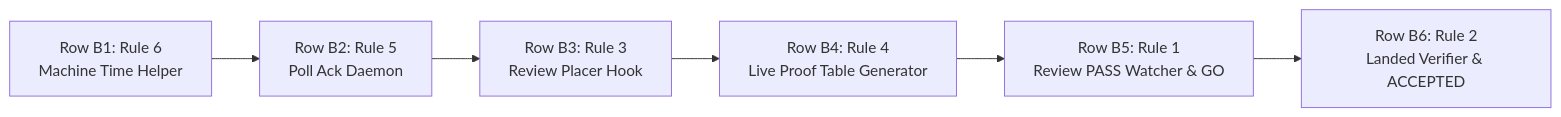
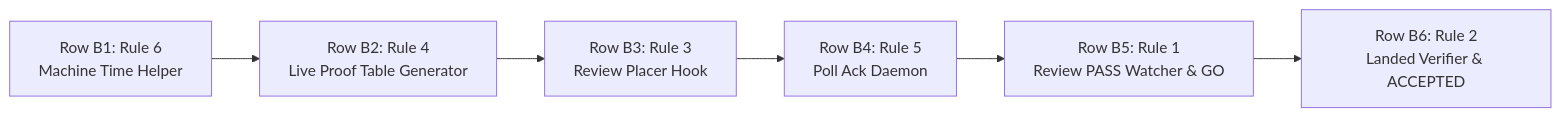
The sixth of 6 diagrams in csi-spl-doc/specs/157-dispatch-automation/spec.md (csitea/csi-spl), drawn with Mermaid before and after one commit. The commit also changed other lines of this file, not shown here.

````diff
--- a/csi-spl-doc/specs/157-dispatch-automation/spec.md
+++ b/csi-spl-doc/specs/157-dispatch-automation/spec.md
@@ -431,8 +516,8 @@
 ```mermaid
 flowchart LR
-    B1[Row B1: Rule 6<br/>Machine Time Helper] --> B2[Row B2: Rule 5<br/>Poll Ack Daemon]
+    B1[Row B1: Rule 6<br/>Machine Time Helper] --> B2[Row B2: Rule 4<br/>Live Proof Table Generator]
     B2 --> B3[Row B3: Rule 3<br/>Review Placer Hook]
-    B3 --> B4[Row B4: Rule 4<br/>Live Proof Table Generator]
+    B3 --> B4[Row B4: Rule 5<br/>Poll Ack Daemon]
     B4 --> B5[Row B5: Rule 1<br/>Review PASS Watcher & GO]
     B5 --> B6[Row B6: Rule 2<br/>Landed Verifier & ACCEPTED]
 ```
````
